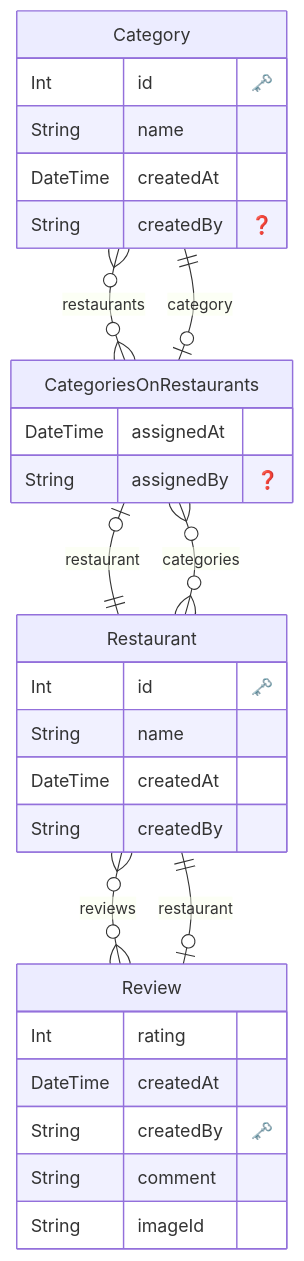
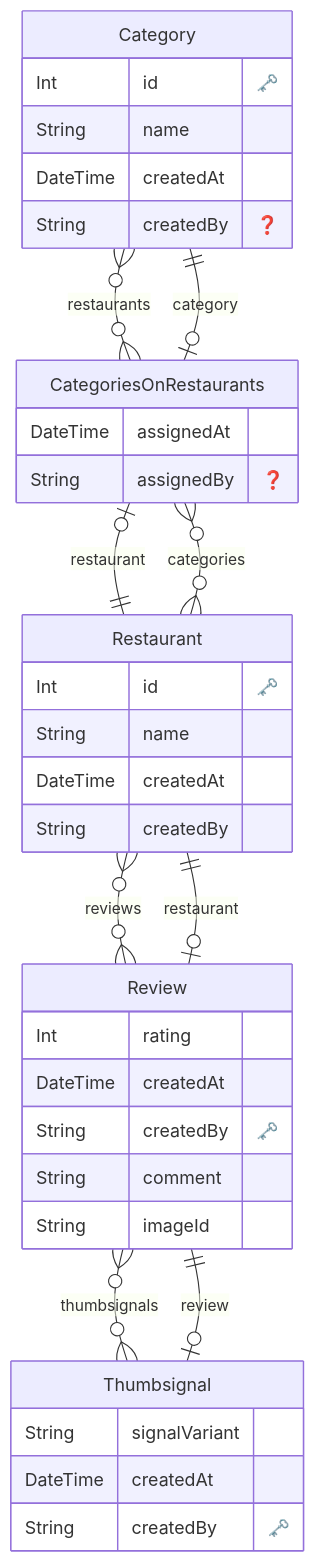
One commit to tperamaki/yala changed the diagram in docs/datamodel.md. Above: the diagram before and after it, drawn with Mermaid. The commit also changed 8 other files, not shown here.

````diff
--- a/docs/datamodel.md
+++ b/docs/datamodel.md
@@ -1,40 +1,49 @@
 ```mermaid
 erDiagram
 
   "Category" {
     Int id "🗝️"
     String name 
     DateTime createdAt 
     String createdBy "❓"
     }
   
 
   "Restaurant" {
     Int id "🗝️"
     String name 
     DateTime createdAt 
     String createdBy 
     }
   
 
   "Review" {
     Int rating 
     DateTime createdAt 
     String createdBy "🗝️"
     String comment 
     String imageId 
     }
   
 
+  "Thumbsignal" {
+    String signalVariant 
+    DateTime createdAt 
+    String createdBy "🗝️"
+    }
+  
+
   "CategoriesOnRestaurants" {
     DateTime assignedAt 
     String assignedBy "❓"
     }
   
     "Category" o{--}o "CategoriesOnRestaurants" : "restaurants"
     "Restaurant" o{--}o "CategoriesOnRestaurants" : "categories"
     "Restaurant" o{--}o "Review" : "reviews"
     "Review" o|--|| "Restaurant" : "restaurant"
+    "Review" o{--}o "Thumbsignal" : "thumbsignals"
+    "Thumbsignal" o|--|| "Review" : "review"
     "CategoriesOnRestaurants" o|--|| "Category" : "category"
     "CategoriesOnRestaurants" o|--|| "Restaurant" : "restaurant"
 ```
````
